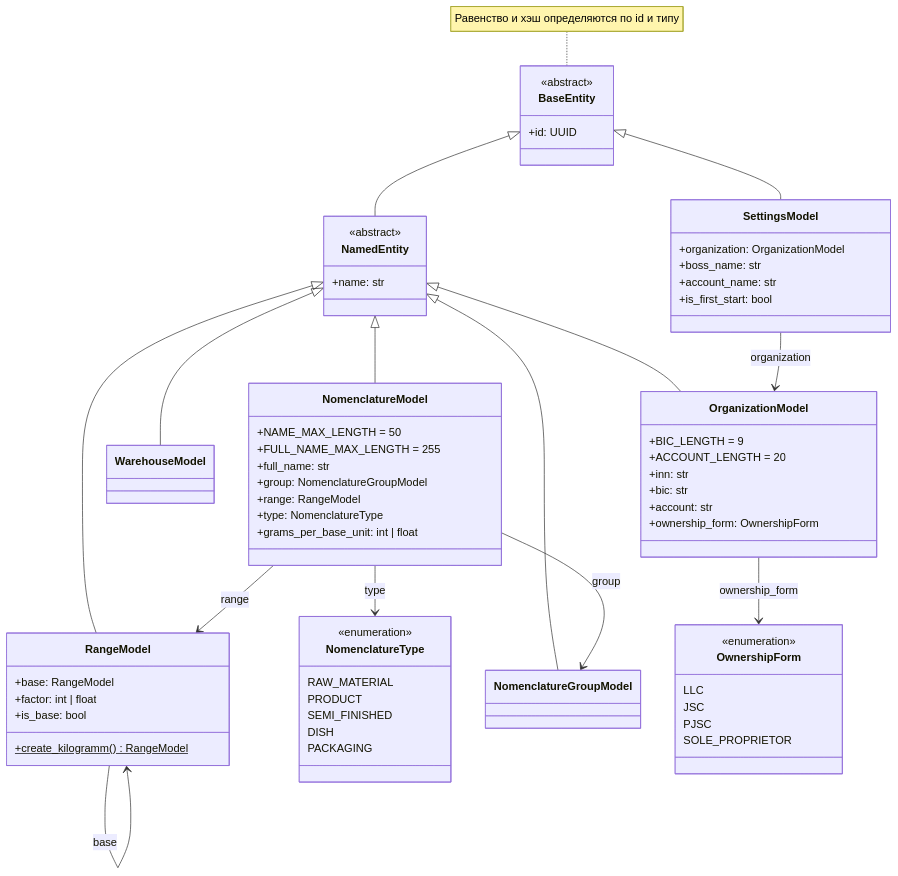
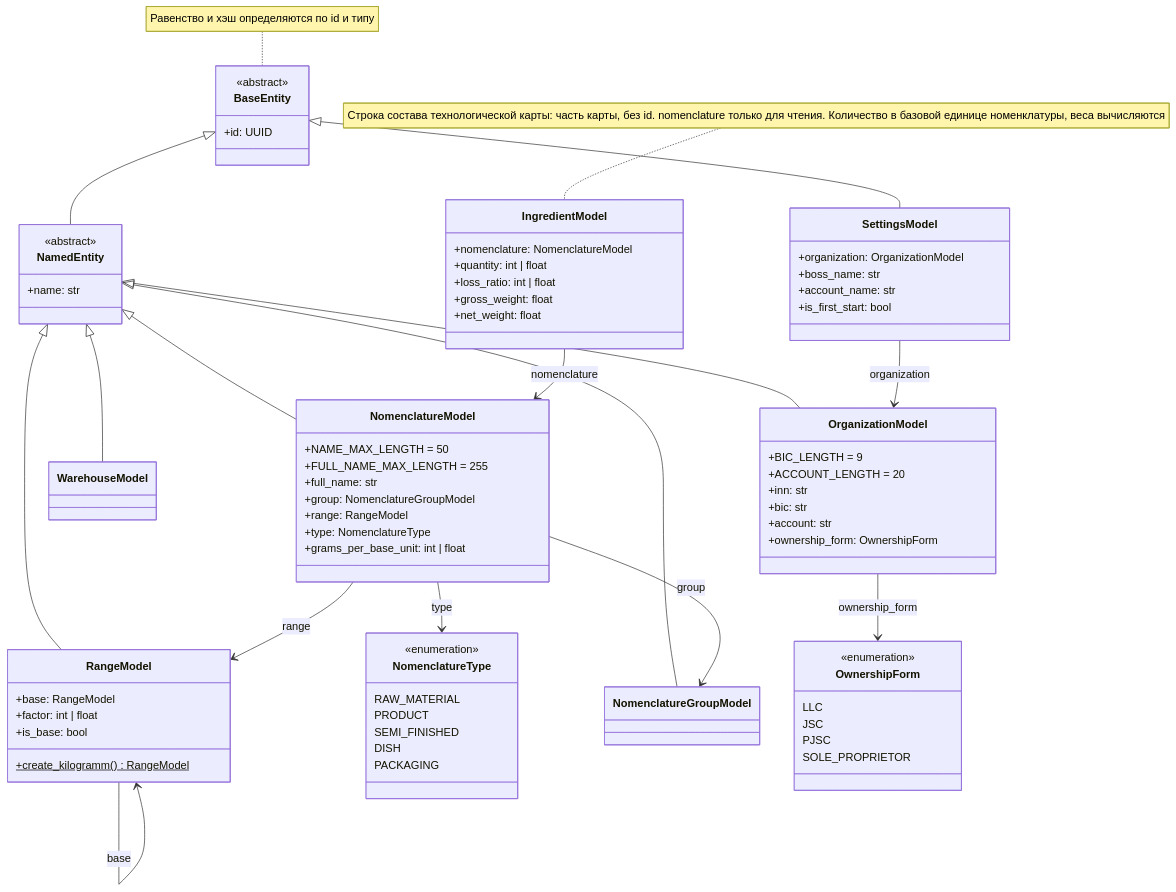
One commit to asutenshi/design-patterns changed the first of 4 diagrams in Docs/ClassDiagram.md. Above: the diagram before and after it, drawn with Mermaid. The commit also changed other lines of this file and 5 other files, not shown here.

Commit message:
feat: add ingredient_model

```diff
--- a/Docs/ClassDiagram.md
+++ b/Docs/ClassDiagram.md
@@ -51,6 +51,16 @@
         PACKAGING
     }
 
+    class IngredientModel {
+        +nomenclature: NomenclatureModel
+        +quantity: int | float
+        +loss_ratio: int | float
+        +gross_weight: float
+        +net_weight: float
+    }
+
+    note for IngredientModel "Строка состава технологической карты: часть карты, без id. nomenclature только для чтения. Количество в базовой единице номенклатуры, веса вычисляются"
+
     class NomenclatureGroupModel
 
     class WarehouseModel
@@ -90,6 +100,7 @@
     NomenclatureModel --> NomenclatureGroupModel : group
     NomenclatureModel --> RangeModel : range
     NomenclatureModel --> NomenclatureType : type
+    IngredientModel --> NomenclatureModel : nomenclature
     RangeModel --> RangeModel : base
     OrganizationModel --> OwnershipForm : ownership_form
     SettingsModel --> OrganizationModel : organization
```
